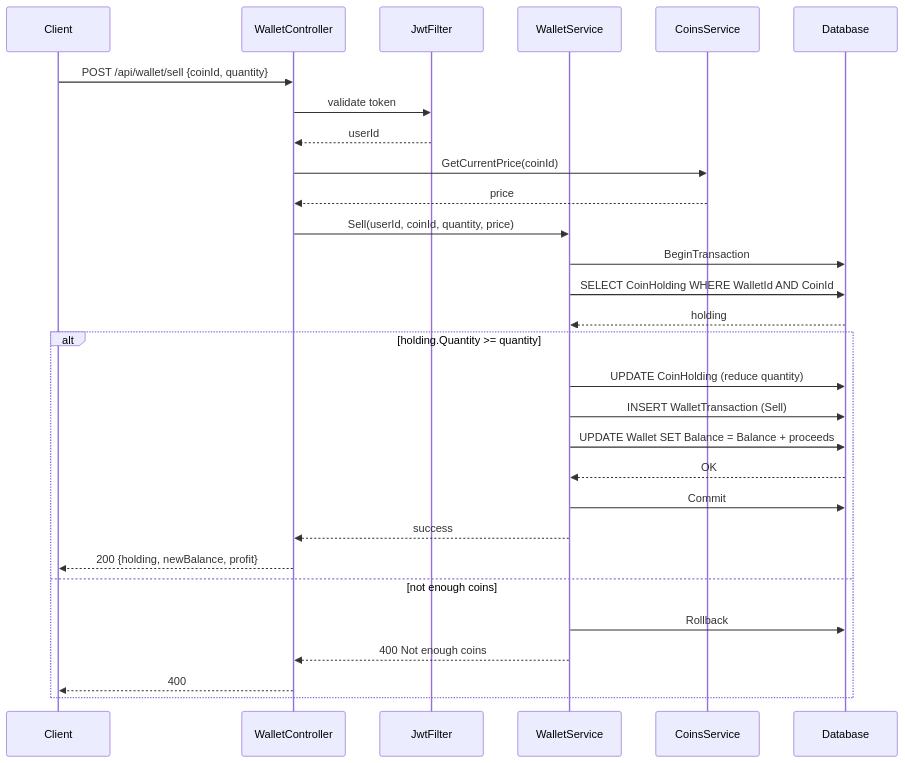
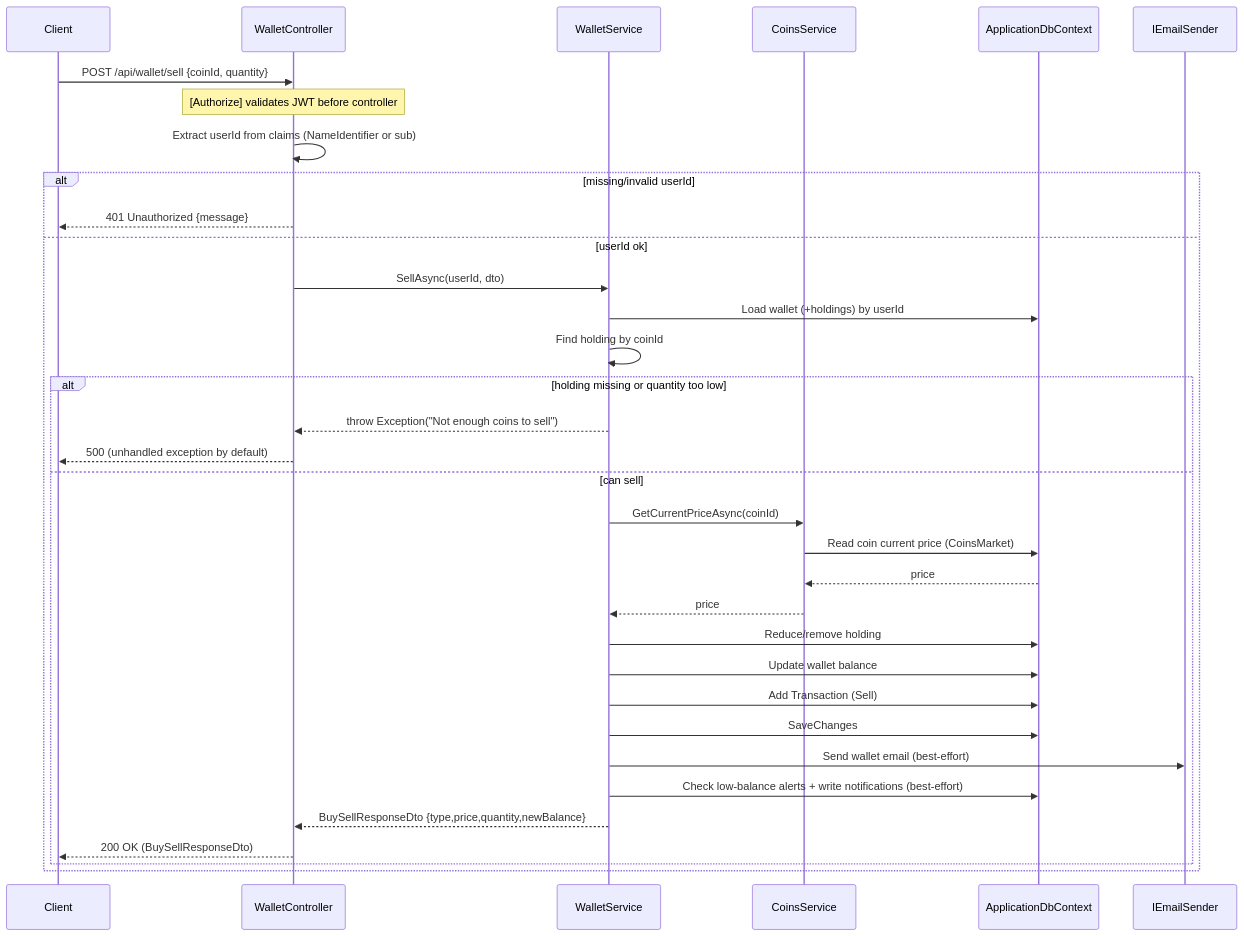
Before and after one commit to ihebKhodja/CoinUpBackend: the diagram in docs/sequences/sell-coin-diagramm.mmd, drawn with Mermaid. The commit also changed 9 other files, not shown here.

Commit message:
feat: Enhance API documentation with detailed sequence diagrams for alerts, wallet operations, and watchlist management

```diff
--- a/docs/sequences/sell-coin-diagramm.mmd
+++ b/docs/sequences/sell-coin-diagramm.mmd
@@ -1,30 +1,35 @@
 sequenceDiagram
     participant C as Client
     participant API as WalletController
-    participant Auth as JwtFilter
     participant WS as WalletService
     participant Coin as CoinsService
-    participant DB as Database
+    participant DB as ApplicationDbContext
+    participant Email as IEmailSender
 
     C->>API: POST /api/wallet/sell {coinId, quantity}
-    API->>Auth: validate token
-    Auth-->>API: userId
-    API->>Coin: GetCurrentPrice(coinId)
-    Coin-->>API: price
-    API->>WS: Sell(userId, coinId, quantity, price)
-    WS->>DB: BeginTransaction
-    WS->>DB: SELECT CoinHolding WHERE WalletId AND CoinId
-    DB-->>WS: holding
-    alt holding.Quantity >= quantity
-        WS->>DB: UPDATE CoinHolding (reduce quantity)
-        WS->>DB: INSERT WalletTransaction (Sell)
-        WS->>DB: UPDATE Wallet SET Balance = Balance + proceeds
-        DB-->>WS: OK
-        WS->>DB: Commit
-        WS-->>API: success
-        API-->>C: 200 {holding, newBalance, profit}
-    else not enough coins
-        WS->>DB: Rollback
-        WS-->>API: 400 Not enough coins
-        API-->>C: 400
+    Note over API: [Authorize] validates JWT before controller
+    API->>API: Extract userId from claims (NameIdentifier or sub)
+    alt missing/invalid userId
+        API-->>C: 401 Unauthorized {message}
+    else userId ok
+        API->>WS: SellAsync(userId, dto)
+        WS->>DB: Load wallet (+holdings) by userId
+        WS->>WS: Find holding by coinId
+        alt holding missing or quantity too low
+            WS-->>API: throw Exception("Not enough coins to sell")
+            API-->>C: 500 (unhandled exception by default)
+        else can sell
+            WS->>Coin: GetCurrentPriceAsync(coinId)
+            Coin->>DB: Read coin current price (CoinsMarket)
+            DB-->>Coin: price
+            Coin-->>WS: price
+            WS->>DB: Reduce/remove holding
+            WS->>DB: Update wallet balance
+            WS->>DB: Add Transaction (Sell)
+            WS->>DB: SaveChanges
+            WS->>Email: Send wallet email (best-effort)
+            WS->>DB: Check low-balance alerts + write notifications (best-effort)
+            WS-->>API: BuySellResponseDto {type,price,quantity,newBalance}
+            API-->>C: 200 OK (BuySellResponseDto)
+        end
     end
```
